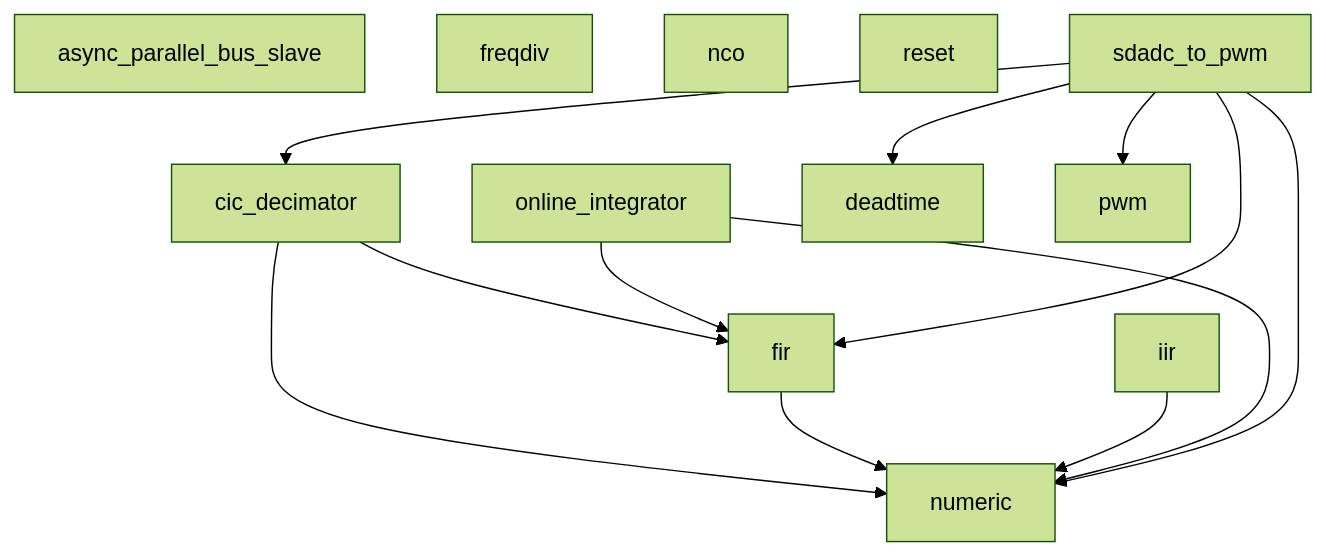
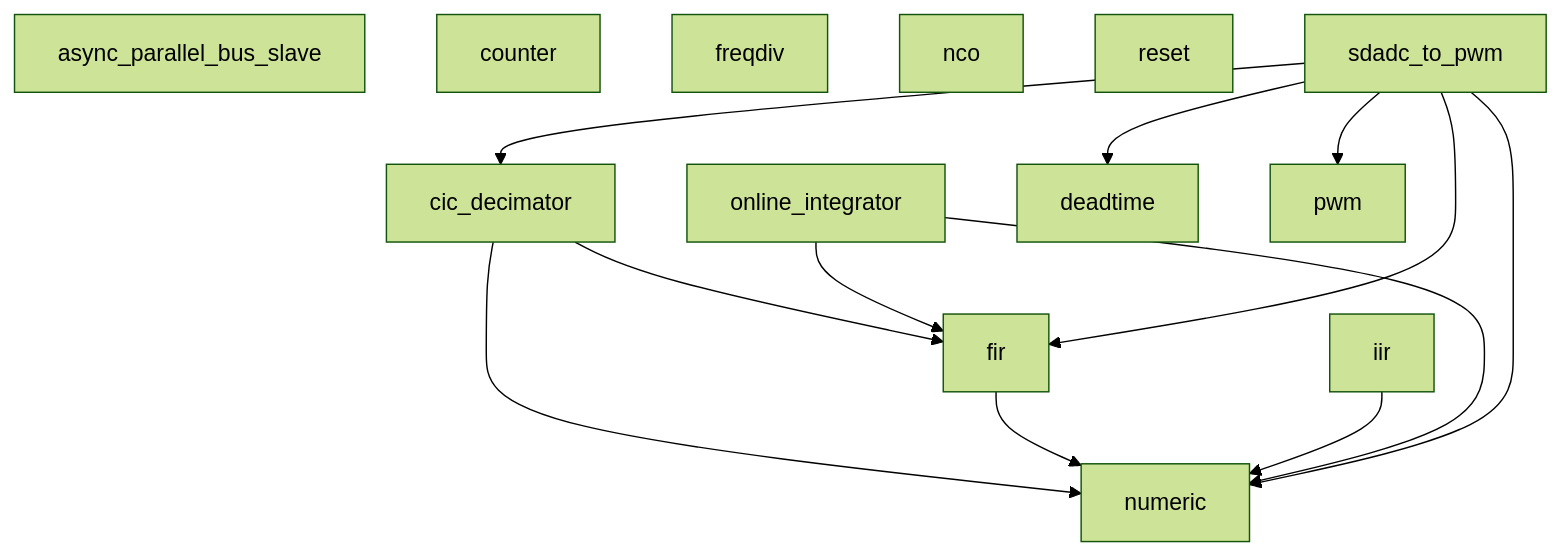
The diagram in README.md (Zubax/kulibin), drawn with Mermaid (forest theme) before and after one commit. The commit also changed 4 other files, not shown here.

````diff
--- a/README.md
+++ b/README.md
@@ -35,19 +35,20 @@
 ```mermaid
 graph TD
     %% auto-generated by hierarchy.py — do not edit
     async_parallel_bus_slave
     cic_decimator --> fir
     cic_decimator --> numeric
+    counter
     fir --> numeric
     freqdiv
     iir --> numeric
     nco
     online_integrator --> fir
     online_integrator --> numeric
     reset
     sdadc_to_pwm --> cic_decimator
     sdadc_to_pwm --> deadtime
     sdadc_to_pwm --> fir
     sdadc_to_pwm --> numeric
     sdadc_to_pwm --> pwm
 ```
````
